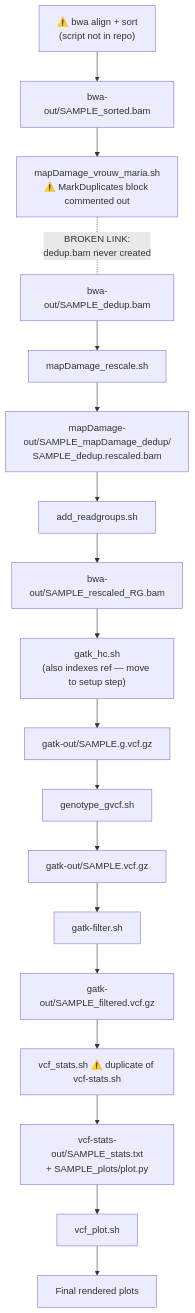
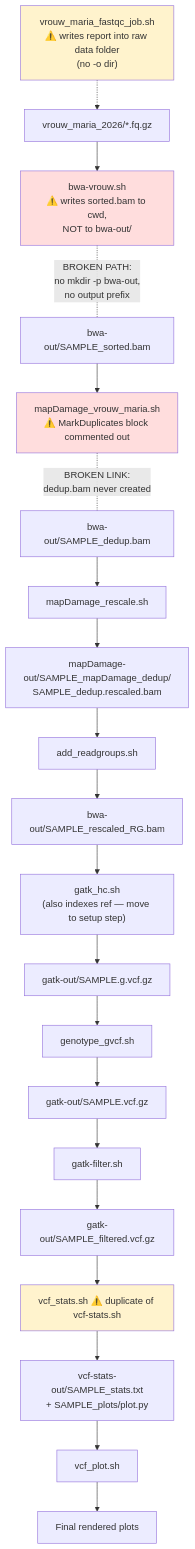
One commit to waahtoeerp/the_coffee_wrecks changed the diagram in PIPELINE.md. Above: the diagram before and after it, drawn with Mermaid. The commit also changed 1 other file, not shown here.

````diff
--- a/PIPELINE.md
+++ b/PIPELINE.md
@@ -2,22 +2,28 @@
 ```mermaid
 flowchart TD
-    A["⚠️ bwa align + sort\n(script not in repo)"] --> B["bwa-out/SAMPLE_sorted.bam"]
+    Z["vrouw_maria_fastqc_job.sh\n⚠️ writes report into raw data folder\n(no -o dir)"] -.-> RAW["vrouw_maria_2026/*.fq.gz"]
+    RAW --> A["bwa-vrouw.sh\n⚠️ writes sorted.bam to cwd,\nNOT to bwa-out/"]
+    A -.-|"BROKEN PATH:\nno mkdir -p bwa-out,\nno output prefix"| B["bwa-out/SAMPLE_sorted.bam"]
     B --> C["mapDamage_vrouw_maria.sh\n⚠️ MarkDuplicates block commented out"]
     C -.-|"BROKEN LINK:\ndedup.bam never created"| D["bwa-out/SAMPLE_dedup.bam"]
     D --> E["mapDamage_rescale.sh"]
     E --> F["mapDamage-out/SAMPLE_mapDamage_dedup/\nSAMPLE_dedup.rescaled.bam"]
     F --> G["add_readgroups.sh"]
     G --> H["bwa-out/SAMPLE_rescaled_RG.bam"]
     H --> I["gatk_hc.sh\n(also indexes ref — move to setup step)"]
     I --> J["gatk-out/SAMPLE.g.vcf.gz"]
     J --> K["genotype_gvcf.sh"]
     K --> L["gatk-out/SAMPLE.vcf.gz"]
     L --> M["gatk-filter.sh"]
     M --> N["gatk-out/SAMPLE_filtered.vcf.gz"]
     N --> O["vcf_stats.sh ⚠️ duplicate of vcf-stats.sh"]
     O --> P["vcf-stats-out/SAMPLE_stats.txt\n+ SAMPLE_plots/plot.py"]
     P --> Q["vcf_plot.sh"]
     Q --> R["Final rendered plots"]
 
+    style A fill:#ffdddd
+    style C fill:#ffdddd
+    style O fill:#fff3cd
+    style Z fill:#fff3cd
 
 ```
````
